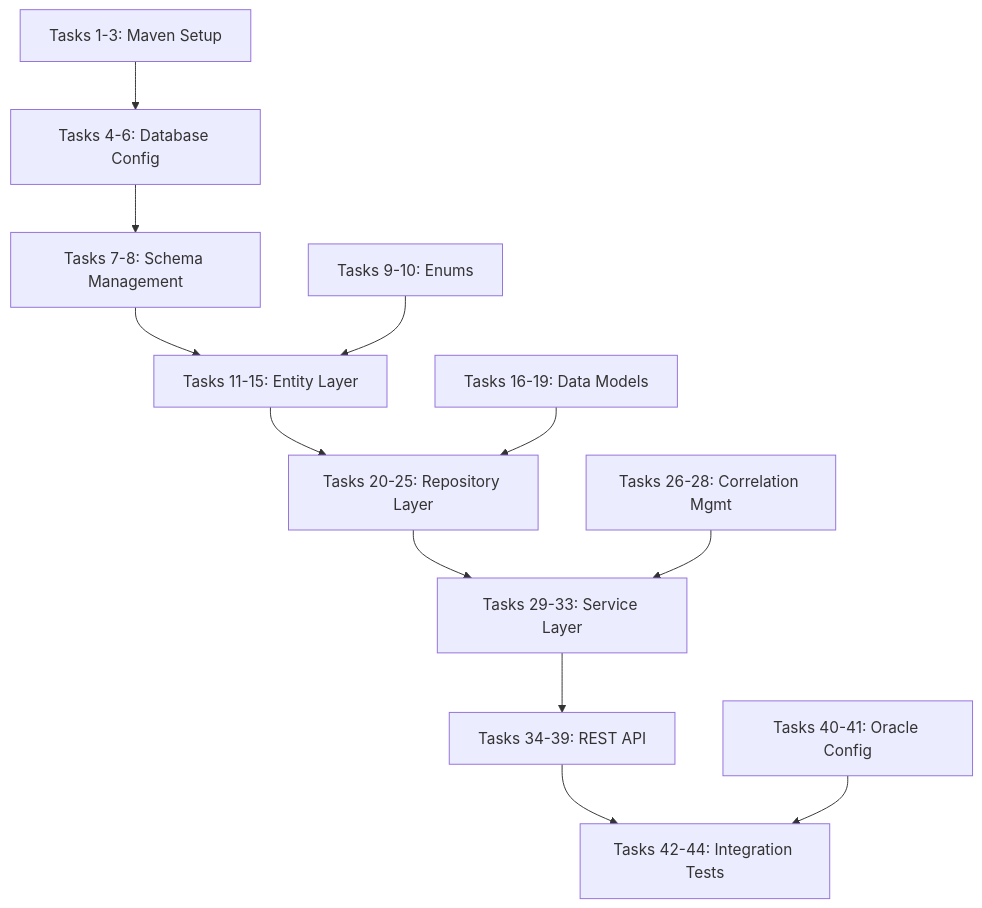
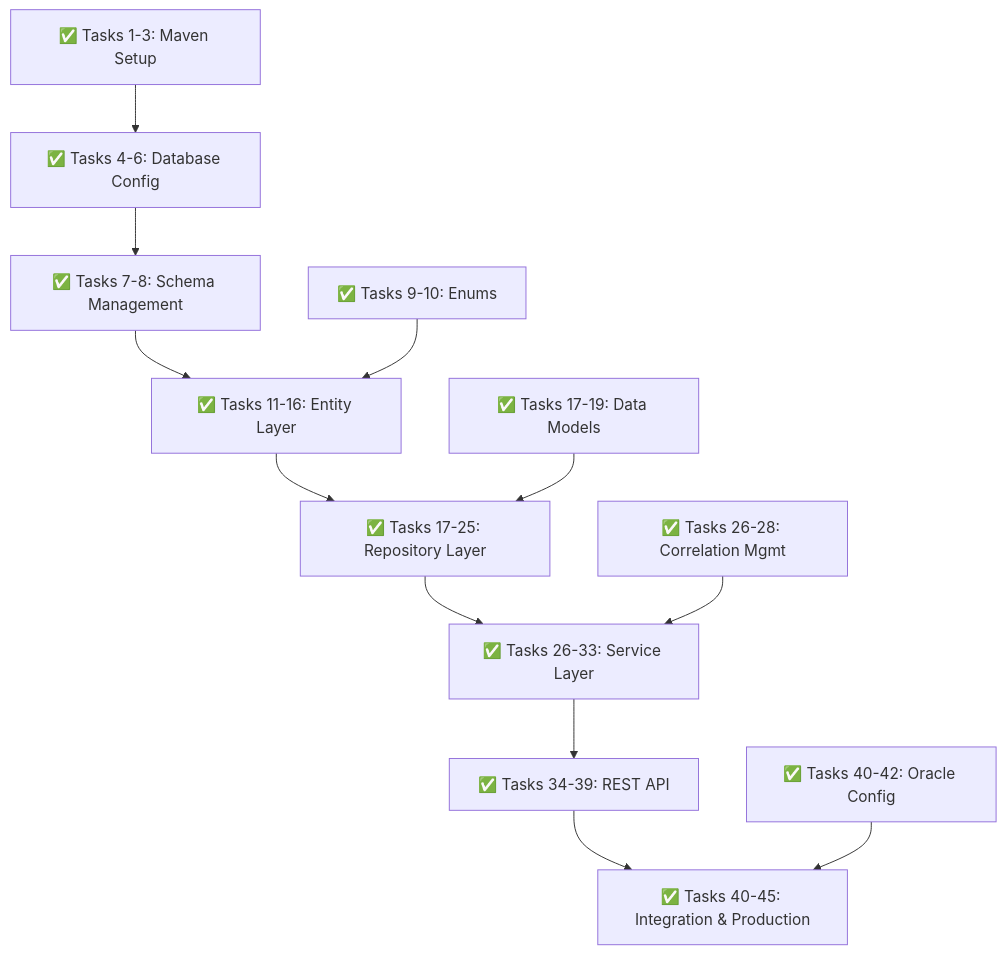
One commit to pkanduri1/batch-audit-system changed the diagram in docs/task-reference.md. Above: the diagram before and after it, drawn with Mermaid. The commit also changed other lines of this file, not shown here.

First line of the commit message:
docs: Update task reference guide to reflect production-ready completion

````diff
--- a/docs/task-reference.md
+++ b/docs/task-reference.md
@@ -78,15 +82,15 @@
 ```mermaid
 graph TD
-    A[Tasks 1-3: Maven Setup] --> B[Tasks 4-6: Database Config]
-    B --> C[Tasks 7-8: Schema Management]
-    C --> D[Tasks 11-15: Entity Layer]
-    D --> E[Tasks 20-25: Repository Layer]
-    E --> F[Tasks 29-33: Service Layer]
-    F --> G[Tasks 34-39: REST API]
-    G --> H[Tasks 42-44: Integration Tests]
+    A[✅ Tasks 1-3: Maven Setup] --> B[✅ Tasks 4-6: Database Config]
+    B --> C[✅ Tasks 7-8: Schema Management]
+    C --> D[✅ Tasks 11-16: Entity Layer]
+    D --> E[✅ Tasks 17-25: Repository Layer]
+    E --> F[✅ Tasks 26-33: Service Layer]
+    F --> G[✅ Tasks 34-39: REST API]
+    G --> H[✅ Tasks 40-45: Integration & Production]
     
-    I[Tasks 9-10: Enums] --> D
-    J[Tasks 16-19: Data Models] --> E
-    K[Tasks 26-28: Correlation Mgmt] --> F
-    L[Tasks 40-41: Oracle Config] --> H
+    I[✅ Tasks 9-10: Enums] --> D
+    J[✅ Tasks 17-19: Data Models] --> E
+    K[✅ Tasks 26-28: Correlation Mgmt] --> F
+    L[✅ Tasks 40-42: Oracle Config] --> H
 ```
````
